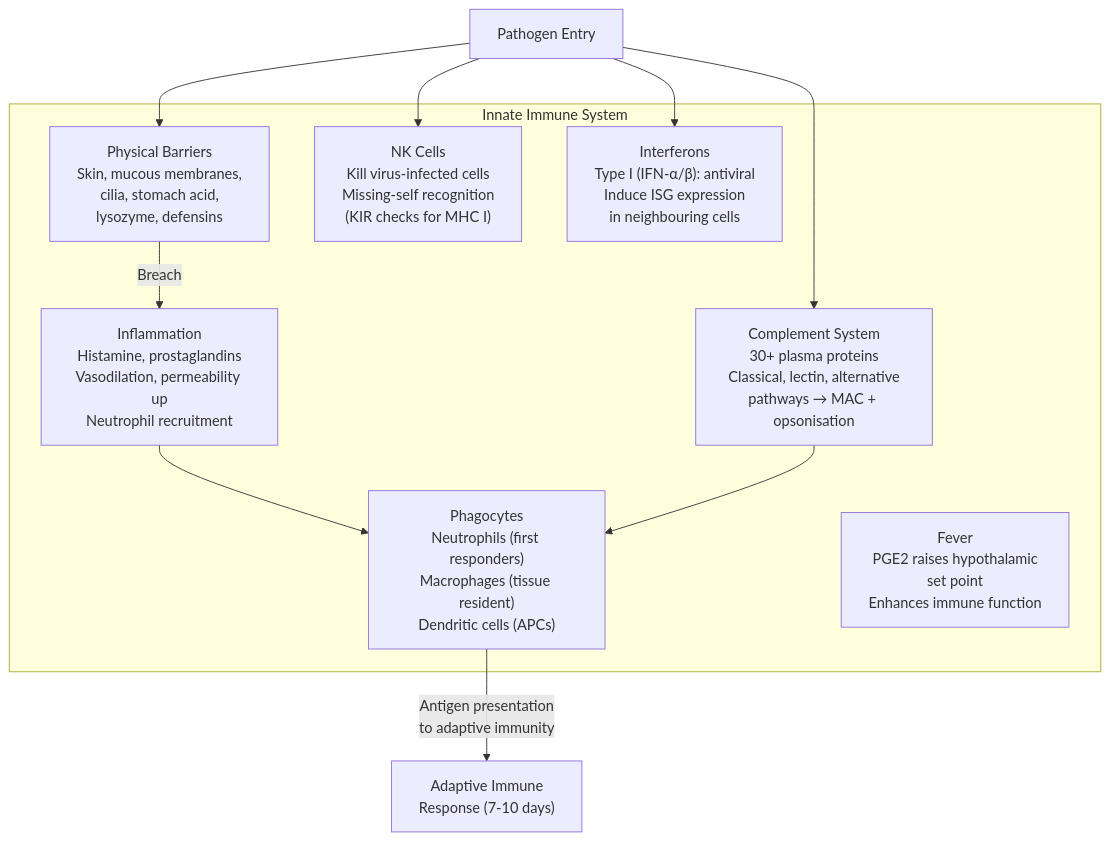
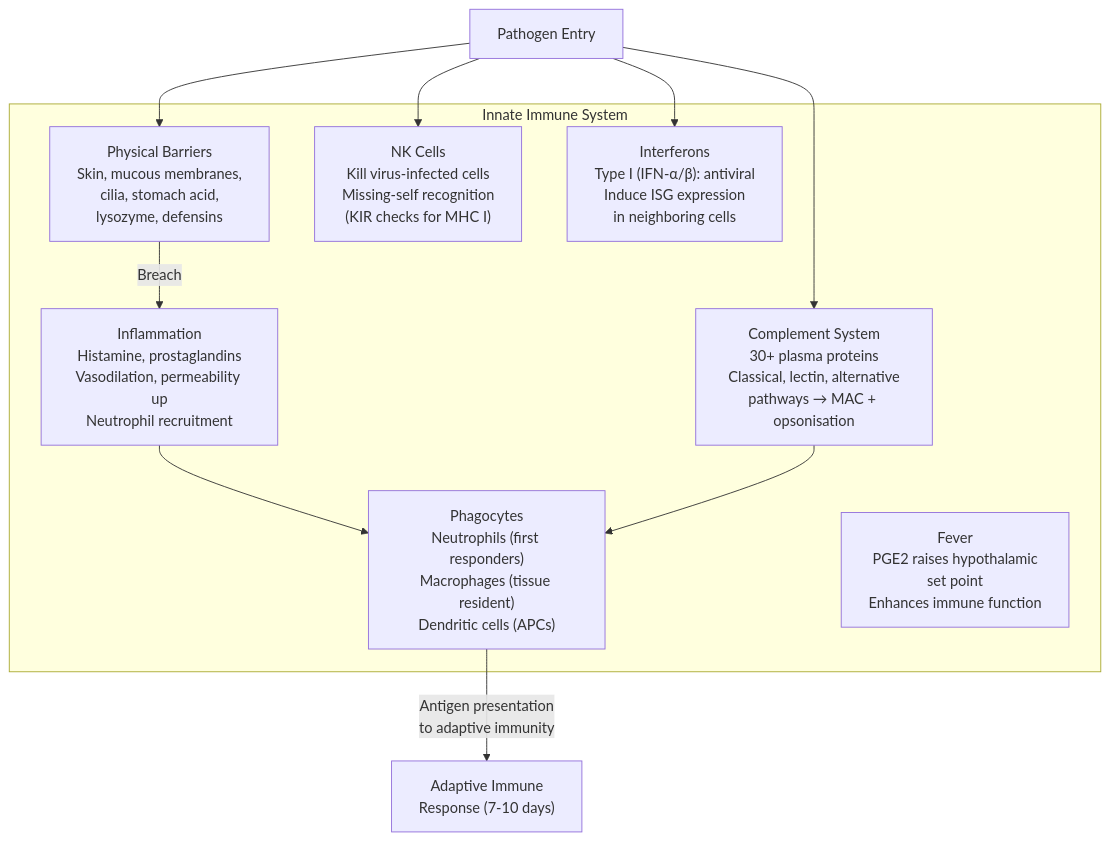
One commit to docxology/biology_textbook changed the first of 5 diagrams in manuscript/unit_IX/immune_system_defense.md. Above: the diagram before and after it, drawn with Mermaid. The commit also changed other lines of this file and 247 other files, not shown here.

````diff
--- a/manuscript/unit_IX/immune_system_defense.md
+++ b/manuscript/unit_IX/immune_system_defense.md
@@ -29,21 +29,21 @@
 ```mermaid
 graph TD
     subgraph Innate ["Innate Immune System"]
         B1["Physical Barriers<br/>Skin, mucous membranes,<br/>cilia, stomach acid,<br/>lysozyme, defensins"]
         B2["Complement System<br/>30+ plasma proteins<br/>Classical, lectin, alternative<br/>pathways → MAC + opsonisation"]
         B3["Phagocytes<br/>Neutrophils (first responders)<br/>Macrophages (tissue resident)<br/>Dendritic cells (APCs)"]
         B4["NK Cells<br/>Kill virus-infected cells<br/>Missing-self recognition<br/>(KIR checks for MHC I)"]
         B5["Inflammation<br/>Histamine, prostaglandins<br/>Vasodilation, permeability up<br/>Neutrophil recruitment"]
-        B6["Interferons<br/>Type I (IFN-α/β): antiviral<br/>Induce ISG expression<br/>in neighbouring cells"]
+        B6["Interferons<br/>Type I (IFN-α/β): antiviral<br/>Induce ISG expression<br/>in neighboring cells"]
         B7["Fever<br/>PGE2 raises hypothalamic<br/>set point<br/>Enhances immune function"]
     end
 
     Pathogen["Pathogen Entry"] --> B1
     B1 --> |"Breach"| B5
     B5 --> B3
     Pathogen --> B2
     B2 --> B3
     Pathogen --> B4
     Pathogen --> B6
     B3 --> |"Antigen presentation<br/>to adaptive immunity"| Adaptive["Adaptive Immune<br/>Response (7-10 days)"]
 ```
````
